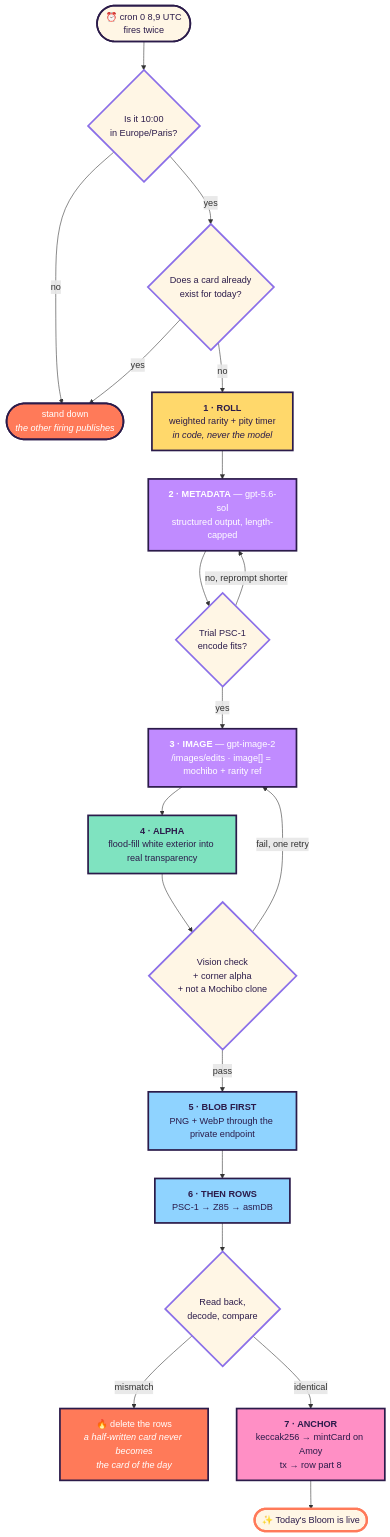
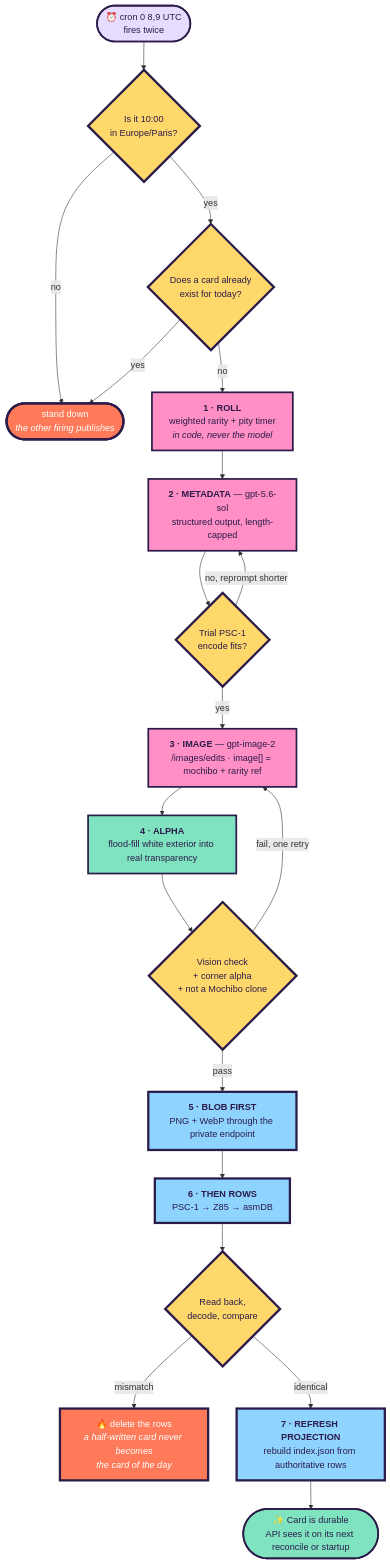
One commit to fredgis/pixelslime changed the fourth of 8 diagrams in docs/ARCHITECTURE.md. Above: the diagram before and after it, drawn with Mermaid. The commit also changed other lines of this file and 3 other files, not shown here.

````diff
--- a/docs/ARCHITECTURE.md
+++ b/docs/ARCHITECTURE.md
@@ -204,51 +249,46 @@
 ```mermaid
 flowchart TB
     CRON(["⏰ cron 0 8,9 UTC<br/>fires twice"])
     GUARD{"Is it 10:00<br/>in Europe/Paris?"}
     STOP(["stand down<br/><i>the other firing publishes</i>"])
     IDEM{"Does a card already<br/>exist for today?"}
     ROLL["<b>1 · ROLL</b><br/>weighted rarity + pity timer<br/><i>in code, never the model</i>"]
     META["<b>2 · METADATA</b> — gpt-5.6-sol<br/>structured output, length-capped"]
     GATE{"Trial PSC-1<br/>encode fits?"}
     IMG["<b>3 · IMAGE</b> — gpt-image-2<br/>/images/edits · image[] = mochibo + rarity ref"]
     ALPHA["<b>4 · ALPHA</b><br/>flood-fill white exterior into real transparency"]
     VER{"Vision check<br/>+ corner alpha<br/>+ not a Mochibo clone"}
     BLOB["<b>5 · BLOB FIRST</b><br/>PNG + WebP through the private endpoint"]
     ROWS["<b>6 · THEN ROWS</b><br/>PSC-1 → Z85 → asmDB"]
     RT{"Read back,<br/>decode, compare"}
     ROLLBACK["🔥 delete the rows<br/><i>a half-written card never becomes<br/>the card of the day</i>"]
-    ANCHOR["<b>7 · ANCHOR</b><br/>keccak256 → mintCard on Amoy<br/>tx → row part 8"]
-    LIVE(["✨ Today's Bloom is live"])
+    INDEX["<b>7 · REFRESH PROJECTION</b><br/>rebuild index.json from authoritative rows"]
+    LIVE(["✨ Card is durable<br/>API sees it on its next reconcile or startup"])
 
     CRON --> GUARD
     GUARD -->|no| STOP
     GUARD -->|yes| IDEM
     IDEM -->|yes| STOP
     IDEM -->|no| ROLL --> META --> GATE
     GATE -->|no, reprompt shorter| META
     GATE -->|yes| IMG --> ALPHA --> VER
     VER -->|fail, one retry| IMG
     VER -->|pass| BLOB --> ROWS --> RT
     RT -->|mismatch| ROLLBACK
-    RT -->|identical| ANCHOR --> LIVE
+    RT -->|identical| INDEX --> LIVE
 
-    classDef time fill:#FFF6E5,stroke:#2B1B4A,stroke-width:3px,color:#2B1B4A
-    classDef gate fill:#FFF6E5,stroke:#8B6FE8,stroke-width:3px,color:#2B1B4A
-    classDef code fill:#FFD86B,stroke:#2B1B4A,stroke-width:3px,color:#2B1B4A
-    classDef model fill:#C08BFF,stroke:#2B1B4A,stroke-width:3px,color:#FFFFFF
-    classDef proc fill:#7FE3C0,stroke:#2B1B4A,stroke-width:3px,color:#2B1B4A
-    classDef data fill:#8FD3FF,stroke:#2B1B4A,stroke-width:3px,color:#2B1B4A
-    classDef chain fill:#FF8FC5,stroke:#2B1B4A,stroke-width:3px,color:#2B1B4A
-    classDef bad  fill:#FF7A59,stroke:#2B1B4A,stroke-width:3px,color:#FFFFFF
-    classDef good fill:#FFF6E5,stroke:#FF7A59,stroke-width:4px,color:#2B1B4A
+    classDef gold fill:#FFD86B,stroke:#2B1B4A,stroke-width:4px,color:#2B1B4A
+    classDef pink fill:#FF8FC5,stroke:#2B1B4A,stroke-width:3px,color:#2B1B4A
+    classDef lilac fill:#E7DCFF,stroke:#2B1B4A,stroke-width:3px,color:#2B1B4A
+    classDef orange fill:#FF7A59,stroke:#2B1B4A,stroke-width:4px,color:#FFFFFF
+    classDef blue fill:#8FD3FF,stroke:#2B1B4A,stroke-width:4px,color:#2B1B4A
+    classDef mint fill:#7FE3C0,stroke:#2B1B4A,stroke-width:3px,color:#2B1B4A
 
-    class CRON time
-    class GUARD,IDEM,GATE,VER,RT gate
-    class ROLL code
-    class META,IMG model
-    class ALPHA proc
-    class BLOB,ROWS data
-    class ANCHOR chain
-    class ROLLBACK,STOP bad
-    class LIVE good
+    class CRON lilac
+    class GUARD,IDEM,GATE,VER,RT gold
+    class ROLL,META,IMG pink
+    class ALPHA mint
+    class BLOB,ROWS,INDEX blue
+    class ROLLBACK,STOP orange
+    class LIVE mint
 ```
````
